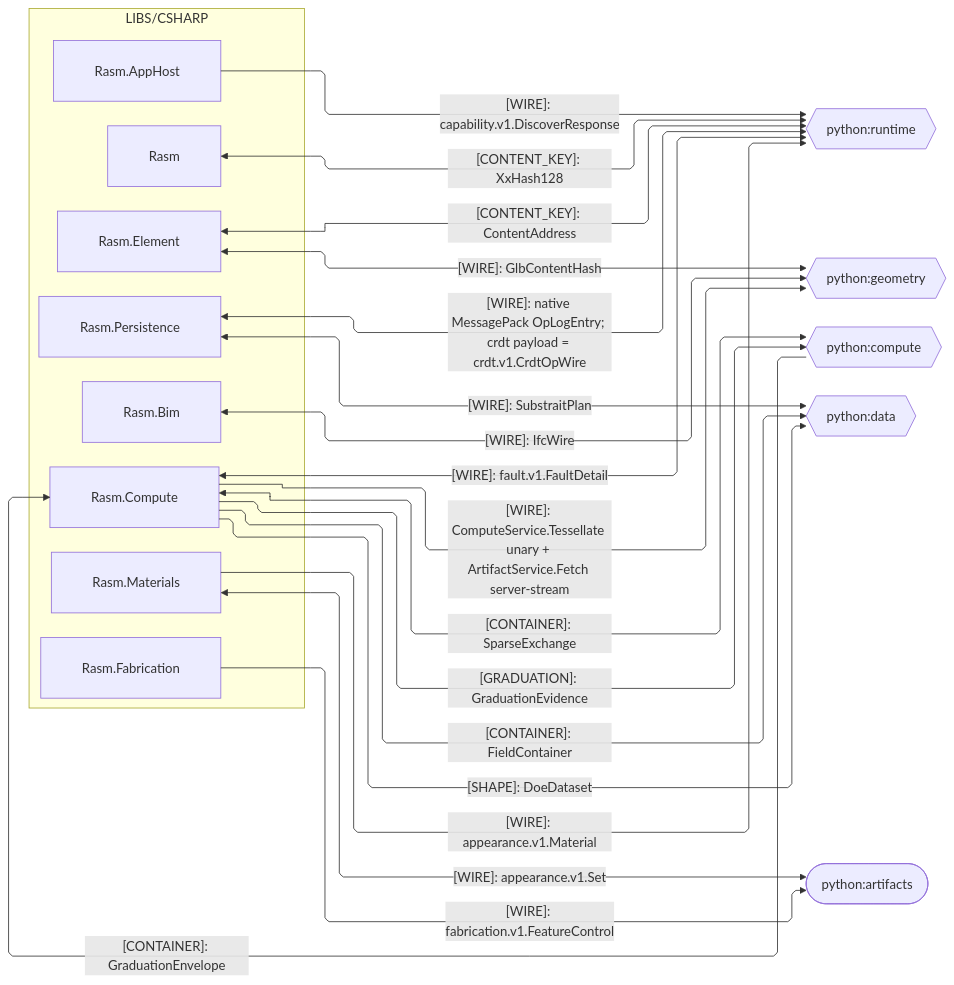
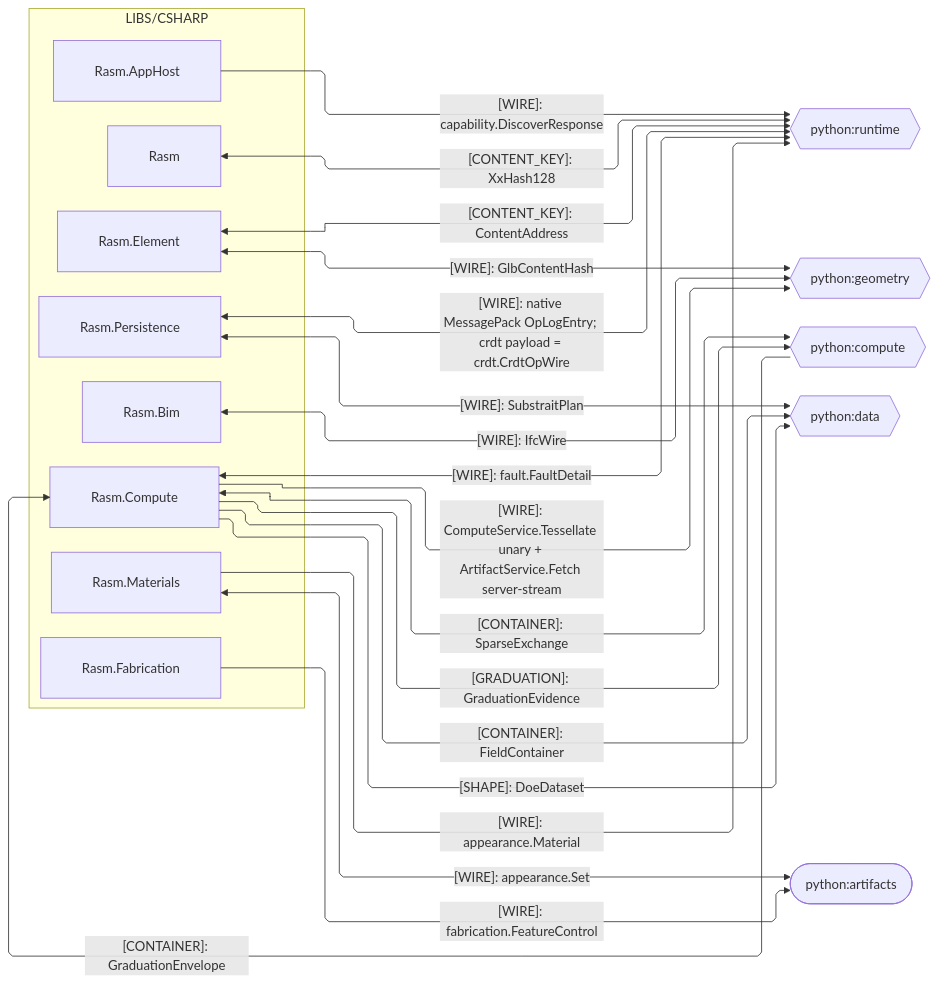
One commit to bsamiee/Rasm changed the second of 5 diagrams in libs/csharp/.planning/ARCHITECTURE.md. Above: the diagram before and after it, drawn with Mermaid. The commit also changed other lines of this file and 640 other files, not shown here.

````diff
--- a/libs/csharp/.planning/ARCHITECTURE.md
+++ b/libs/csharp/.planning/ARCHITECTURE.md
@@ -132,44 +132,44 @@
 ```mermaid
 ---
 config:
   layout: elk
   flowchart:
     curve: linear
     padding: 25
 ---
 flowchart LR
     accTitle: C# branch python seam registry
     accDescr: Which kinded contract shapes cross between the C# packages and their python counterparts.
     subgraph csharp[LIBS/CSHARP]
         Rasm[Rasm]
         Element[Rasm.Element]
         Bim[Rasm.Bim]
         Materials[Rasm.Materials]
         Fabrication[Rasm.Fabrication]
         AppHost[Rasm.AppHost]
         Compute[Rasm.Compute]
         Persistence[Rasm.Persistence]
     end
     PyRuntime{{python:runtime}}
     PyGeometry{{python:geometry}}
     PyCompute{{python:compute}}
     PyData{{python:data}}
     PyArtifacts([python:artifacts])
     Rasm e1@<-->|"[CONTENT_KEY]: XxHash128"| PyRuntime
     Element e2@<-->|"[WIRE]: GlbContentHash"| PyGeometry
     Element e3@<-->|"[CONTENT_KEY]: ContentAddress"| PyRuntime
     Bim e4@<-->|"[WIRE]: IfcWire"| PyGeometry
-    Materials e5@-->|"[WIRE]: appearance.v1.Material"| PyRuntime
-    Materials e6@<-->|"[WIRE]: appearance.v1.Set"| PyArtifacts
-    Fabrication e7@-->|"[WIRE]: fabrication.v1.FeatureControl"| PyArtifacts
-    AppHost e8@-->|"[WIRE]: capability.v1.DiscoverResponse"| PyRuntime
+    Materials e5@-->|"[WIRE]: appearance.Material"| PyRuntime
+    Materials e6@<-->|"[WIRE]: appearance.Set"| PyArtifacts
+    Fabrication e7@-->|"[WIRE]: fabrication.FeatureControl"| PyArtifacts
+    AppHost e8@-->|"[WIRE]: capability.DiscoverResponse"| PyRuntime
     Compute e9@-->|"[WIRE]: ComputeService.Tessellate unary + ArtifactService.Fetch server-stream"| PyGeometry
-    Compute e10@<-->|"[WIRE]: fault.v1.FaultDetail"| PyRuntime
+    Compute e10@<-->|"[WIRE]: fault.FaultDetail"| PyRuntime
     Compute e11@-->|"[GRADUATION]: GraduationEvidence"| PyCompute
     Compute e12@-->|"[SHAPE]: DoeDataset"| PyData
-    Persistence e13@<-->|"[WIRE]: native MessagePack OpLogEntry; crdt payload = crdt.v1.CrdtOpWire"| PyRuntime
+    Persistence e13@<-->|"[WIRE]: native MessagePack OpLogEntry; crdt payload = crdt.CrdtOpWire"| PyRuntime
     Persistence e14@<-->|"[WIRE]: SubstraitPlan"| PyData
     Compute e15@-->|"[CONTAINER]: FieldContainer"| PyData
     Compute e16@<-->|"[CONTAINER]: SparseExchange"| PyCompute
     PyCompute e17@-->|"[CONTAINER]: GraduationEnvelope"| Compute
 ```
````
